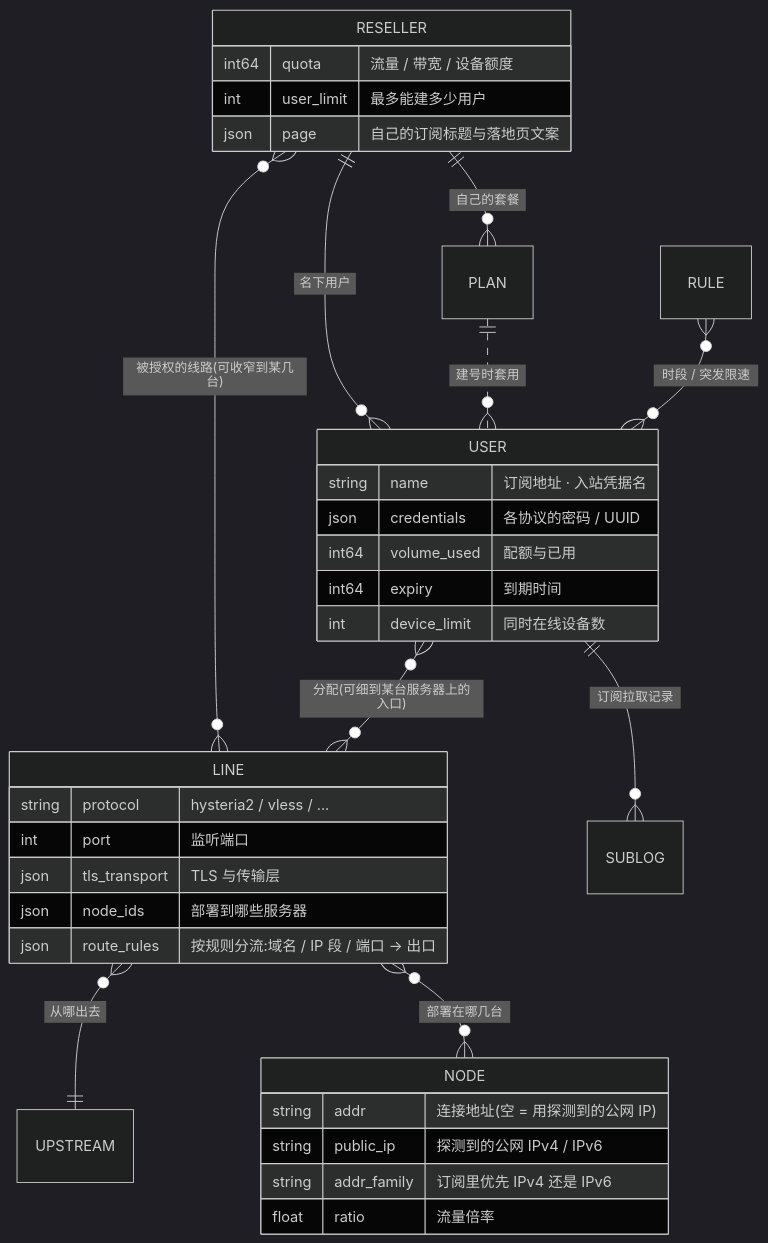
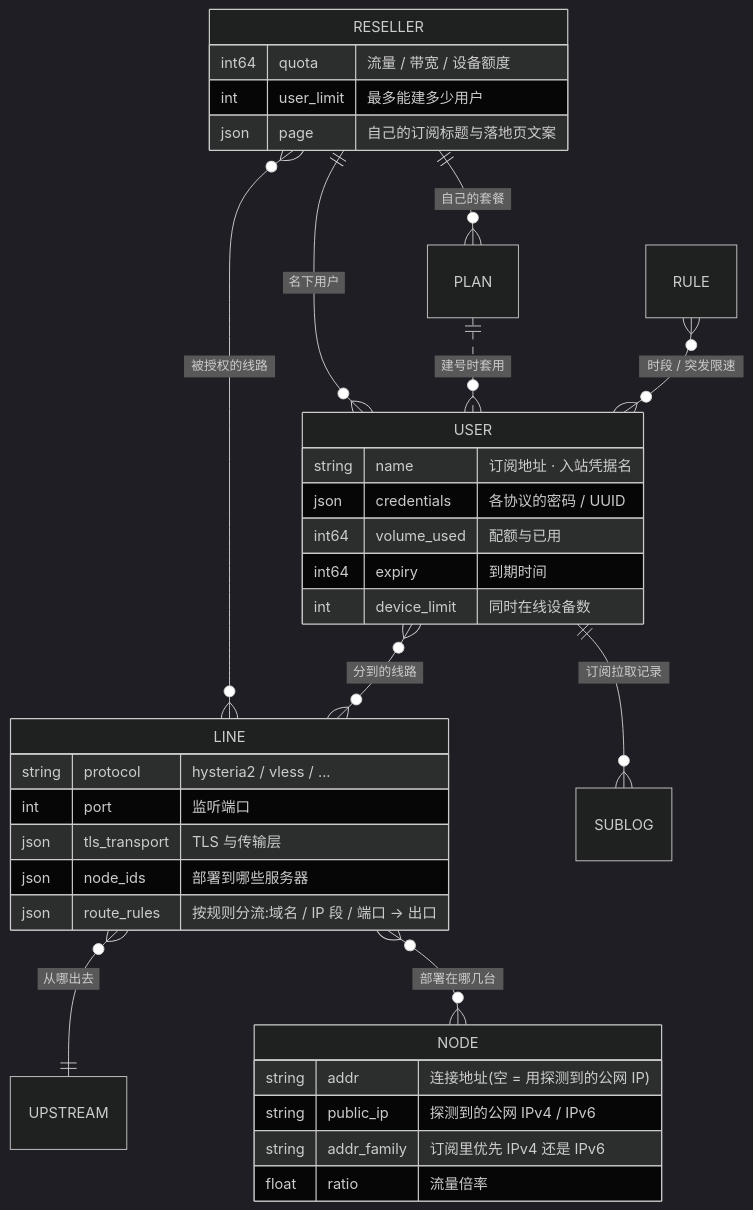
One commit to Maoyangui/m-ui changed the fifth of 5 diagrams in README.md. Above: the diagram before and after it, drawn with Mermaid (dark theme). The commit also changed 1 other file, not shown here.

Commit message:
README 数据模型图:关系标签缩短,不再被折成两行

````diff
--- a/README.md
+++ b/README.md
@@ -218,42 +218,42 @@
 ```mermaid
 ---
 config:
   htmlLabels: false
 ---
 erDiagram
   RESELLER ||--o{ USER : "名下用户"
   RESELLER ||--o{ PLAN : "自己的套餐"
-  RESELLER }o--o{ LINE : "被授权的线路(可收窄到某几台)"
-  USER }o--o{ LINE : "分配(可细到某台服务器上的入口)"
+  RESELLER }o--o{ LINE : "被授权的线路"
+  USER }o--o{ LINE : "分到的线路"
   PLAN ||..o{ USER : "建号时套用"
   LINE }o--|| UPSTREAM : "从哪出去"
   LINE }o--o{ NODE : "部署在哪几台"
   USER ||--o{ SUBLOG : "订阅拉取记录"
   RULE }o--o{ USER : "时段 / 突发限速"
 
   USER {
     string name "订阅地址 · 入站凭据名"
     json credentials "各协议的密码 / UUID"
     int64 volume_used "配额与已用"
     int64 expiry "到期时间"
     int device_limit "同时在线设备数"
   }
   LINE {
     string protocol "hysteria2 / vless / ..."
     int port "监听端口"
     json tls_transport "TLS 与传输层"
     json node_ids "部署到哪些服务器"
     json route_rules "按规则分流:域名 / IP 段 / 端口 → 出口"
   }
   NODE {
     string addr "连接地址(空 = 用探测到的公网 IP)"
     string public_ip "探测到的公网 IPv4 / IPv6"
     string addr_family "订阅里优先 IPv4 还是 IPv6"
     float ratio "流量倍率"
   }
   RESELLER {
     int64 quota "流量 / 带宽 / 设备额度"
     int user_limit "最多能建多少用户"
     json page "自己的订阅标题与落地页文案"
   }
 ```
````
